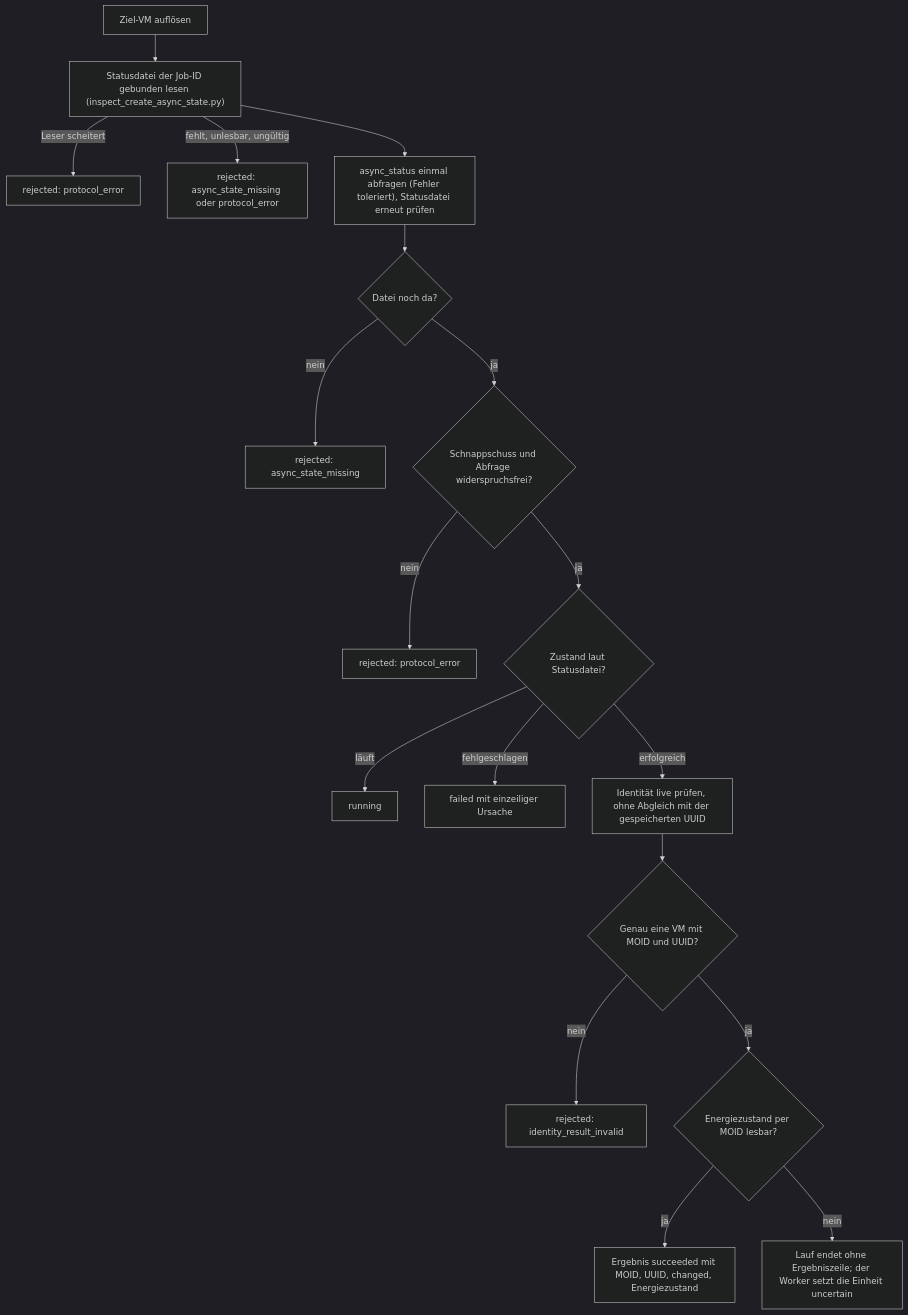
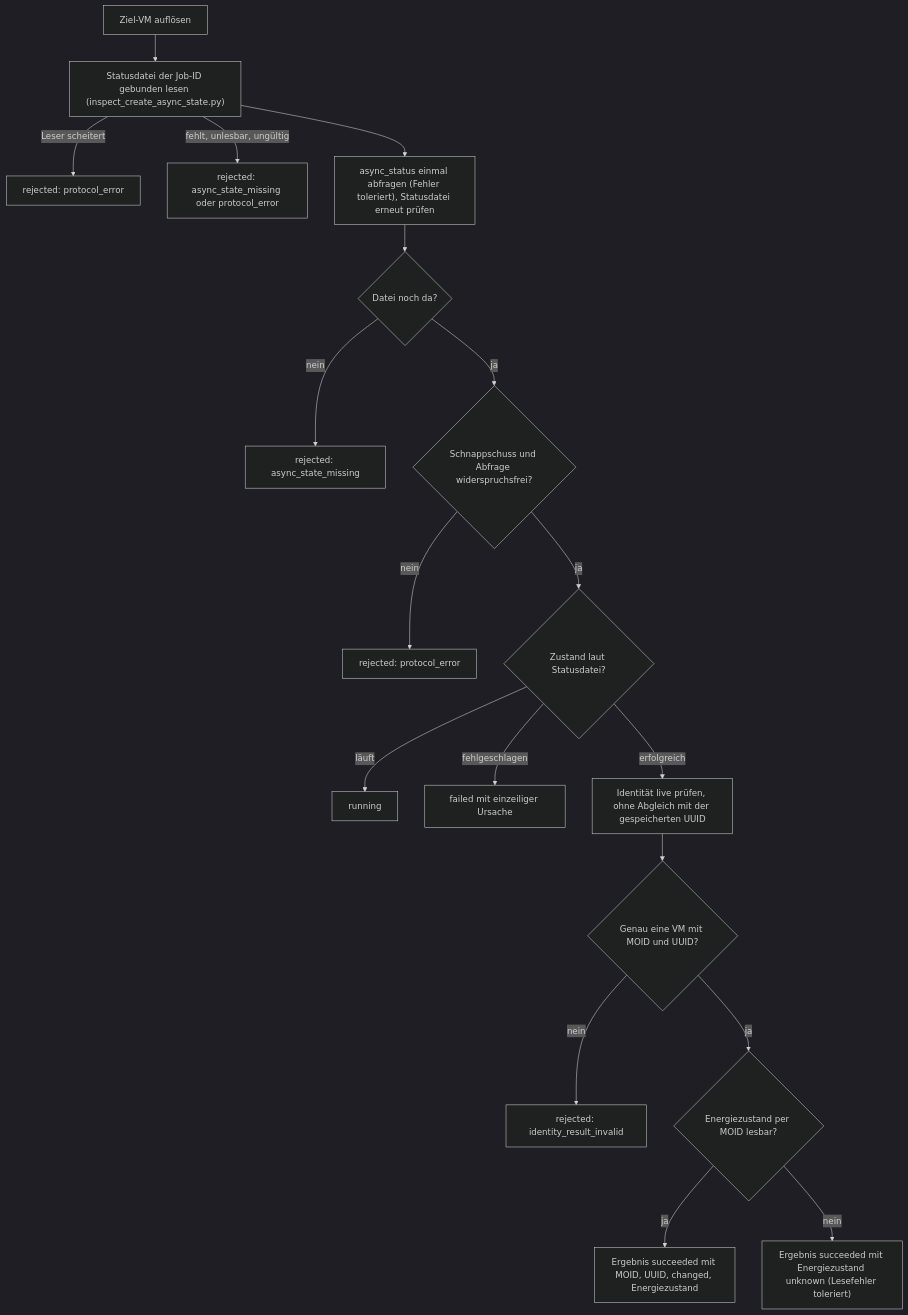
One commit to Samy94M/VirtuSphere-v2-WebApp changed the seventh of 13 diagrams in docs/operations/deploy-flows.md. Above: the diagram before and after it, drawn with Mermaid (dark theme). The commit also changed other lines of this file and 28 other files, not shown here.

````diff
--- a/docs/operations/deploy-flows.md
+++ b/docs/operations/deploy-flows.md
@@ -255,20 +261,20 @@
 ```mermaid
 flowchart TD
   A["Ziel-VM auflösen"] --> B["Statusdatei der Job-ID gebunden lesen (inspect_create_async_state.py)"]
   B -->|Leser scheitert| BX["rejected: protocol_error"]
   B -->|fehlt, unlesbar, ungültig| BM["rejected: async_state_missing oder protocol_error"]
   B --> C["async_status einmal abfragen (Fehler toleriert), Statusdatei erneut prüfen"]
   C --> D{"Datei noch da?"}
   D -->|nein| DM["rejected: async_state_missing"]
   D -->|ja| D2{"Schnappschuss und Abfrage widerspruchsfrei?"}
   D2 -->|nein| DX["rejected: protocol_error"]
   D2 -->|ja| E{"Zustand laut Statusdatei?"}
   E -->|läuft| E1["running"]
   E -->|fehlgeschlagen| E2["failed mit einzeiliger Ursache"]
   E -->|erfolgreich| F["Identität live prüfen, ohne Abgleich mit der gespeicherten UUID"]
   F --> G{"Genau eine VM mit MOID und UUID?"}
   G -->|nein| GX["rejected: identity_result_invalid"]
   G -->|ja| H{"Energiezustand per MOID lesbar?"}
   H -->|ja| H1["Ergebnis succeeded mit MOID, UUID, changed, Energiezustand"]
-  H -->|nein| HX["Lauf endet ohne Ergebniszeile; der Worker setzt die Einheit uncertain"]
+  H -->|nein| HX["Ergebnis succeeded mit Energiezustand unknown (Lesefehler toleriert)"]
 ```
````
